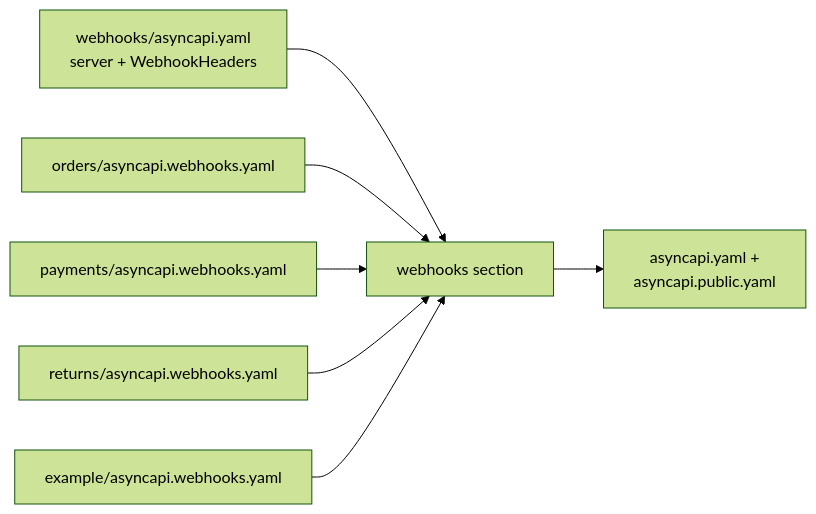
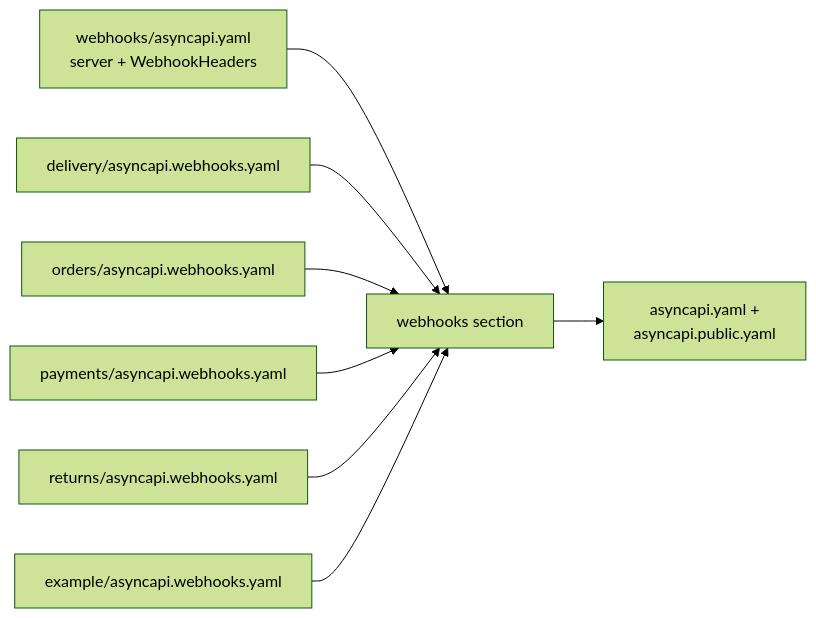
The second of 2 diagrams in docs/api/contract-fragmentation.md (Guebbit/boilerplate-node-backend), drawn with Mermaid (forest theme) before and after one commit. The commit also changed other lines of this file and 7 other files, not shown here.

````diff
--- a/docs/api/contract-fragmentation.md
+++ b/docs/api/contract-fragmentation.md
@@ -410,9 +418,10 @@
 ```mermaid
 flowchart LR
     W["webhooks/asyncapi.yaml<br/>server + WebhookHeaders"] --> S["webhooks section"]
+    D["delivery/asyncapi.webhooks.yaml"] --> S
     O["orders/asyncapi.webhooks.yaml"] --> S
     P["payments/asyncapi.webhooks.yaml"] --> S
     R["returns/asyncapi.webhooks.yaml"] --> S
     E["example/asyncapi.webhooks.yaml"] --> S
     S --> B["asyncapi.yaml +<br/>asyncapi.public.yaml"]
 ```
````
